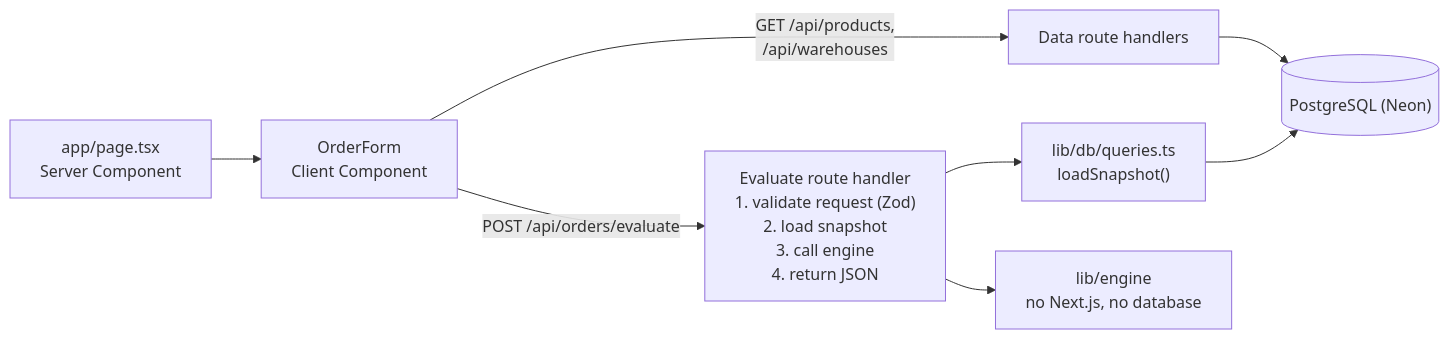
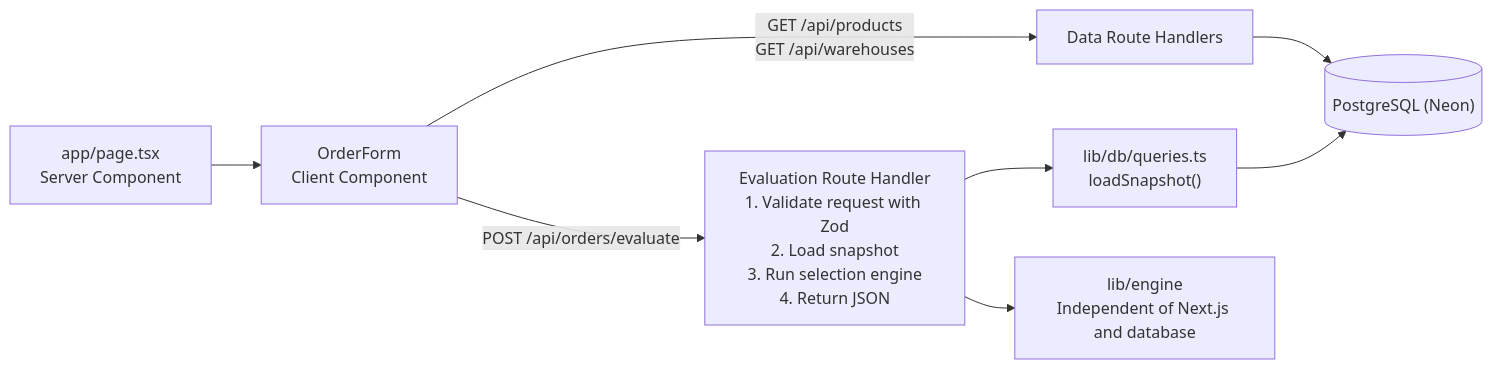
The first of 4 diagrams in docs/technical-design-full.md (ucencode/pharma-distribution-platform), drawn with Mermaid before and after one commit. The commit also changed other lines of this file, not shown here.

````diff
--- a/docs/technical-design-full.md
+++ b/docs/technical-design-full.md
@@ -114,10 +114,14 @@
 ```mermaid
 flowchart LR
     P["app/page.tsx<br/>Server Component"] --> F["OrderForm<br/>Client Component"]
-    F -- "GET /api/products,<br/>/api/warehouses" --> D["Data route handlers"]
-    F -- "POST /api/orders/evaluate" --> R["Evaluate route handler<br/>1. validate request (Zod)<br/>2. load snapshot<br/>3. call engine<br/>4. return JSON"]
+
+    F -- "GET /api/products<br/>GET /api/warehouses" --> D["Data Route Handlers"]
+
+    F -- "POST /api/orders/evaluate" --> R["Evaluation Route Handler<br/>1. Validate request with Zod<br/>2. Load snapshot<br/>3. Run selection engine<br/>4. Return JSON"]
+
     R --> Q["lib/db/queries.ts<br/>loadSnapshot()"]
-    R --> E["lib/engine<br/>no Next.js, no database"]
+    R --> E["lib/engine<br/>Independent of Next.js and database"]
+
     Q --> DB[("PostgreSQL (Neon)")]
     D --> DB
 ```
````
